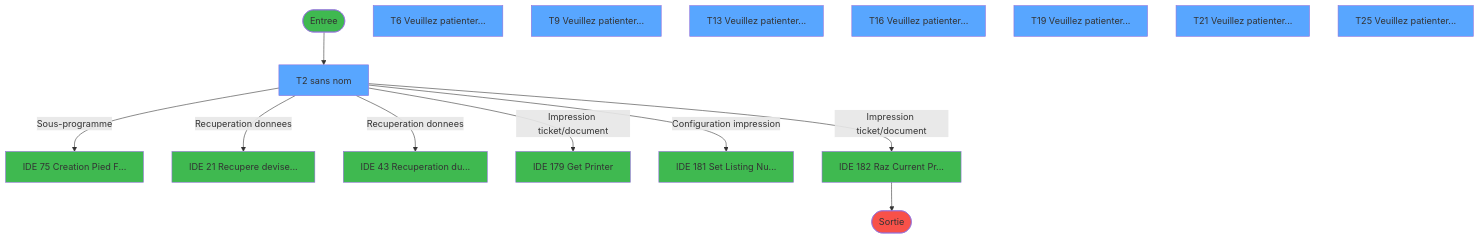
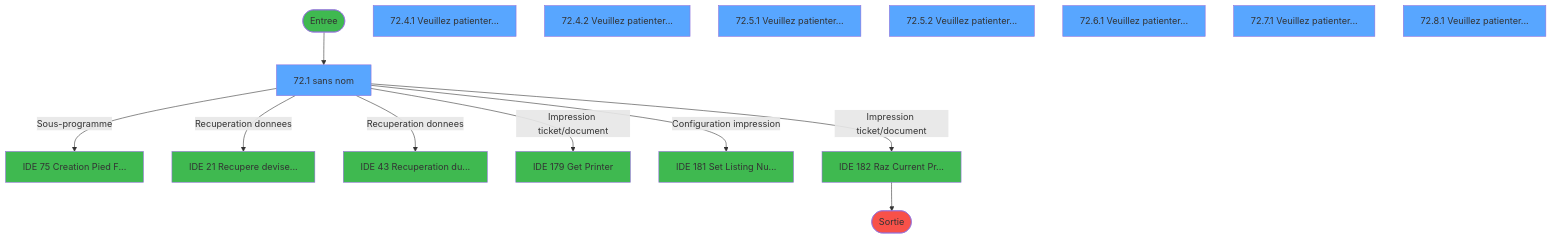
Before and after one commit to thonyAGP/lecteur-magic: the first of 4 diagrams in .openspec/specs/ADH-IDE-72.md, drawn with Mermaid. The commit also changed other lines of this file and 493 other files, not shown here.

````diff
--- a/.openspec/specs/ADH-IDE-72.md
+++ b/.openspec/specs/ADH-IDE-72.md
@@ -1015,43 +1078,43 @@
 ```mermaid
 flowchart TD
     START([Entree])
     style START fill:#3fb950
-    VF2[T2 sans nom]
+    VF2[72.1 sans nom]
     style VF2 fill:#58a6ff
-    VF6[T6 Veuillez patienter...]
+    VF6[72.4.1 Veuillez patienter...]
     style VF6 fill:#58a6ff
-    VF9[T9 Veuillez patienter...]
+    VF9[72.4.2 Veuillez patienter...]
     style VF9 fill:#58a6ff
-    VF13[T13 Veuillez patienter...]
+    VF13[72.5.1 Veuillez patienter...]
     style VF13 fill:#58a6ff
-    VF16[T16 Veuillez patienter...]
+    VF16[72.5.2 Veuillez patienter...]
     style VF16 fill:#58a6ff
-    VF19[T19 Veuillez patienter...]
+    VF19[72.6.1 Veuillez patienter...]
     style VF19 fill:#58a6ff
-    VF21[T21 Veuillez patienter...]
+    VF21[72.7.1 Veuillez patienter...]
     style VF21 fill:#58a6ff
-    VF25[T25 Veuillez patienter...]
+    VF25[72.8.1 Veuillez patienter...]
     style VF25 fill:#58a6ff
     EXT75[IDE 75 Creation Pied F...]
     style EXT75 fill:#3fb950
     EXT21[IDE 21 Recupere devise...]
     style EXT21 fill:#3fb950
     EXT43[IDE 43 Recuperation du...]
     style EXT43 fill:#3fb950
     EXT179[IDE 179 Get Printer]
     style EXT179 fill:#3fb950
     EXT181[IDE 181 Set Listing Nu...]
     style EXT181 fill:#3fb950
     EXT182[IDE 182 Raz Current Pr...]
     style EXT182 fill:#3fb950
     FIN([Sortie])
     style FIN fill:#f85149
     START --> VF2
     VF2 -->|Sous-programme| EXT75
     VF2 -->|Recuperation donnees| EXT21
     VF2 -->|Recuperation donnees| EXT43
     VF2 -->|Impression ticket/document| EXT179
     VF2 -->|Configuration impression| EXT181
     VF2 -->|Impression ticket/document| EXT182
     EXT182 --> FIN
 ```
````
